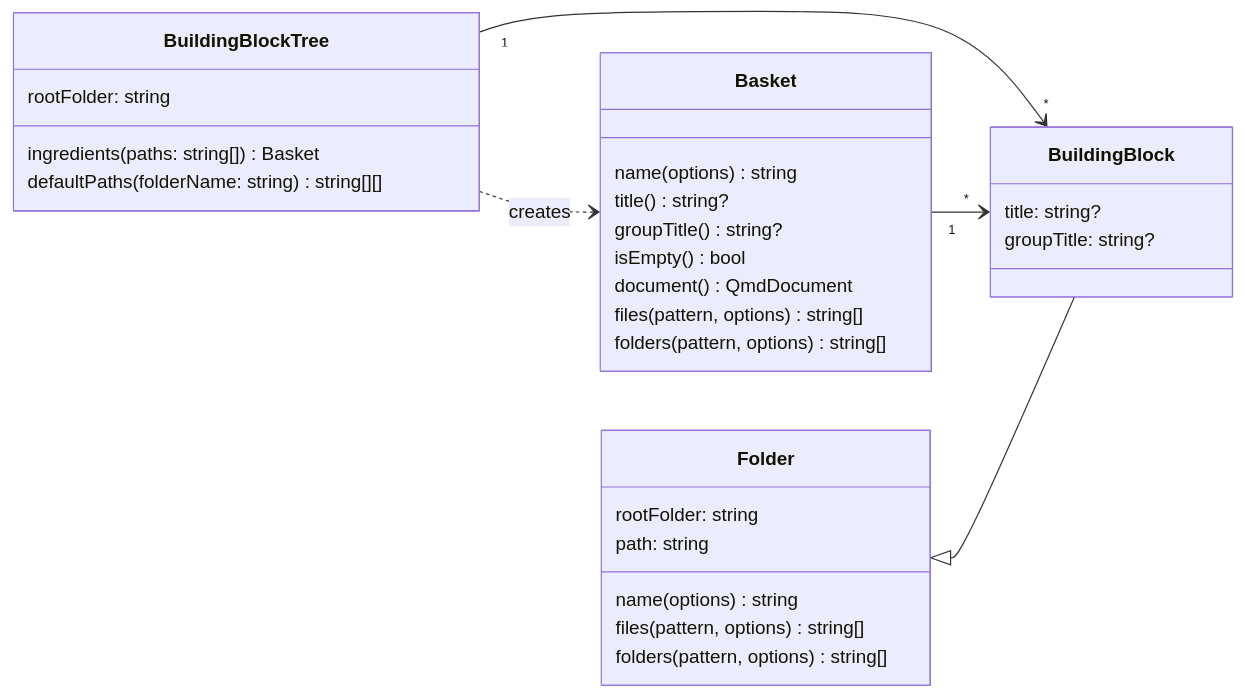
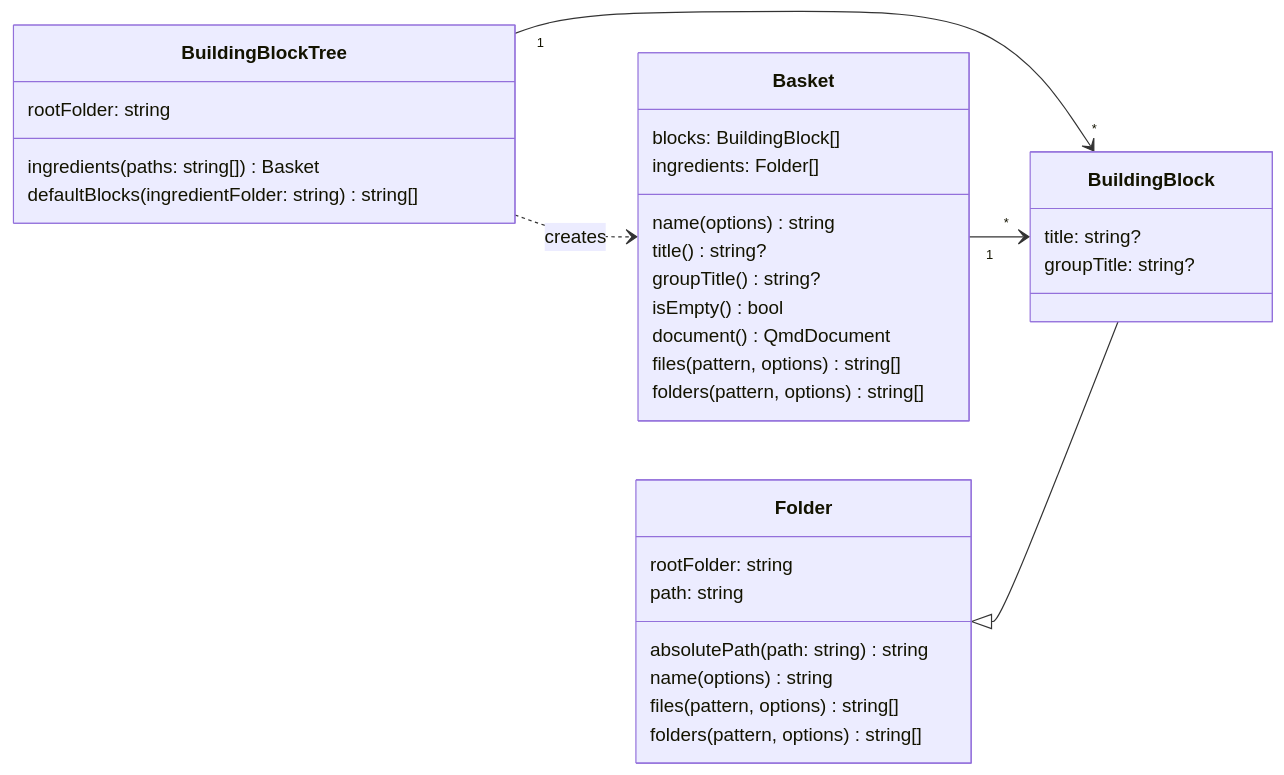
The first of 6 diagrams in DESIGN.md (matthiasbaitsch/quarto-loi-moi), drawn with Mermaid before and after one commit. The commit also changed other lines of this file and 10 other files, not shown here.

````diff
--- a/DESIGN.md
+++ b/DESIGN.md
@@ -28,33 +28,36 @@
 ```mermaid
 classDiagram
   direction LR
   BuildingBlockTree "1" --> "*" BuildingBlock
   BuildingBlockTree ..> Basket : creates
   Basket "1" --> "*" BuildingBlock
   Folder <|-- BuildingBlock
   class BuildingBlockTree {
     rootFolder: string
     ingredients(paths: string[]) Basket
-    defaultPaths(folderName: string) string[][]
+    defaultBlocks(ingredientFolder: string) string[]
   }
   class Folder {
     rootFolder: string
     path: string
+    absolutePath(path: string) string
     name(options) string
     files(pattern, options) string[]
     folders(pattern, options) string[]
   }
   class BuildingBlock {
     title: string?
     groupTitle: string?
   }
   class Basket {
+    blocks: BuildingBlock[]
+    ingredients: Folder[]
     name(options) string
     title() string?
     groupTitle() string?
     isEmpty() bool
     document() QmdDocument
     files(pattern, options) string[]
     folders(pattern, options) string[]
   }
 ```
````
